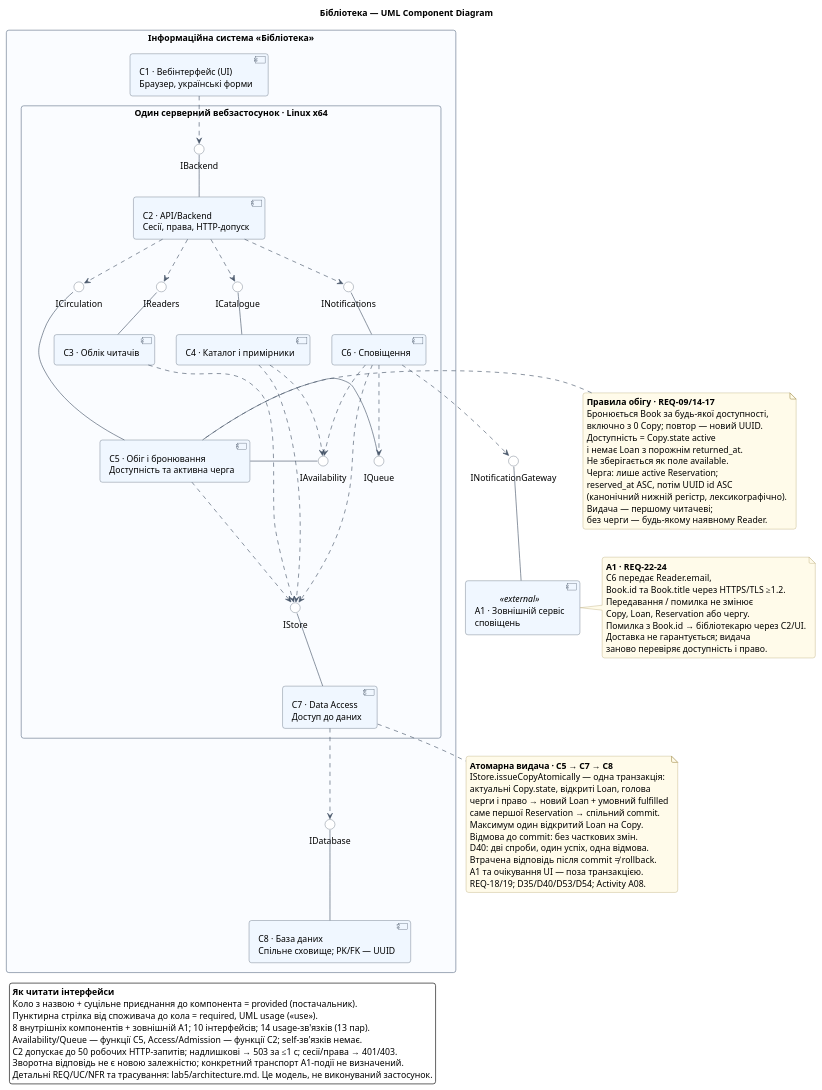
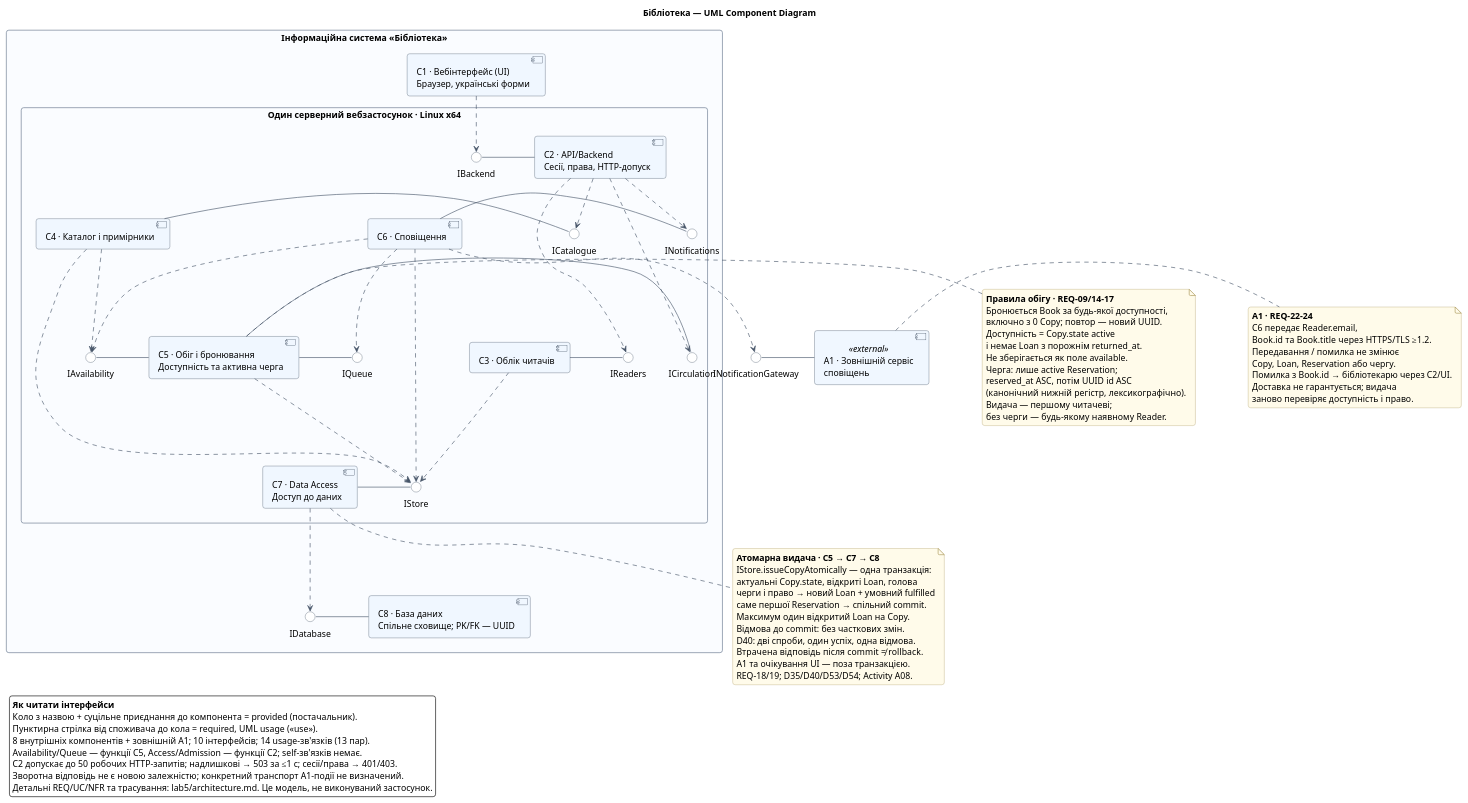
The diagram in lab5/component.puml (the1nurz/mavpz), drawn with PlantUML before and after one commit. The commit also changed 8 other files, not shown here.

Commit message:
fix(lab5): clarify interfaces and harden diagram checks

```diff
--- a/lab5/component.puml
+++ b/lab5/component.puml
@@ -1,133 +1,144 @@
 @startuml component
 ' Spec criteria: 9eb4dfb; architecture: c477a24. Stage 4.
 ' Sources: lab5/architecture.md sections 3-9; Lab 3 D35/D40/D46-D55;
 ' Lab 4 A02-A10, O01-O03 and C01-C04. Internal calls are not HTTP services.
 top to bottom direction
 skinparam componentStyle uml2
 skinparam defaultFontName Arial
 skinparam defaultFontSize 14
 skinparam shadowing false
 skinparam backgroundColor white
 skinparam packageStyle rectangle
 skinparam roundcorner 8
-skinparam nodesep 35
-skinparam ranksep 45
+skinparam nodesep 85
+skinparam ranksep 65
 skinparam ArrowColor #475569
 skinparam componentBackgroundColor #F0F7FF
 skinparam componentBorderColor #334155
 skinparam interfaceBackgroundColor white
 skinparam interfaceBorderColor #334155
 skinparam packageBackgroundColor #FAFCFF
 skinparam packageBorderColor #64748B
 skinparam noteBackgroundColor #FFFBEA
 skinparam noteBorderColor #A89455
 title Бібліотека — UML Component Diagram
 
 rectangle "Інформаційна система «Бібліотека»" as Library {
   component "C1 · Вебінтерфейс (UI)\nБраузер, українські форми" as C1
 
   package "Один серверний вебзастосунок · Linux x64" as Server {
-    component "C2 · API/Backend\nСесії, права, HTTP-допуск" as C2
+    together {
+      component "C2 · API/Backend\nСесії, права, HTTP-допуск" as C2
+      interface "IBackend" as IBackend
+    }
     together {
       component "C3 · Облік читачів" as C3
+      interface "IReaders" as IReaders
+    }
+    together {
       component "C4 · Каталог і примірники" as C4
+      interface "ICatalogue" as ICatalogue
+    }
+    together {
       component "C6 · Сповіщення" as C6
+      interface "INotifications" as INotifications
     }
-    component "C5 · Обіг і бронювання\nДоступність та активна черга" as C5
-    component "C7 · Data Access\nДоступ до даних" as C7
-
-    interface "IBackend" as IBackend
-    interface "IReaders" as IReaders
-    interface "ICatalogue" as ICatalogue
-    interface "ICirculation" as ICirculation
-    interface "IAvailability" as IAvailability
-    interface "IQueue" as IQueue
-    interface "INotifications" as INotifications
-    interface "IStore" as IStore
+    together {
+      component "C5 · Обіг і бронювання\nДоступність та активна черга" as C5
+      interface "ICirculation" as ICirculation
+      interface "IAvailability" as IAvailability
+      interface "IQueue" as IQueue
+    }
+    together {
+      component "C7 · Data Access\nДоступ до даних" as C7
+      interface "IStore" as IStore
+    }
   }
-
-  component "C8 · База даних\nСпільне сховище; PK/FK — UUID" as C8
-  interface "IDatabase" as IDatabase
+  together {
+    component "C8 · База даних\nСпільне сховище; PK/FK — UUID" as C8
+    interface "IDatabase" as IDatabase
+  }
+}
+together {
+  component "A1 · Зовнішній сервіс\nсповіщень" as A1 <<external>>
+  interface "INotificationGateway" as INotificationGateway
 }
 
-component "A1 · Зовнішній сервіс\nсповіщень" as A1 <<external>>
-interface "INotificationGateway" as INotificationGateway
-
 ' Provided: solid attachment to a named lollipop interface (10 providers).
-C2 -up- IBackend
-C3 -up- IReaders
-C4 -up- ICatalogue
-C5 -up- ICirculation
+C2 -left- IBackend
+C3 -left- IReaders
+C4 -left- ICatalogue
+C5 -left- ICirculation
 C5 -left- IAvailability
 C5 -right- IQueue
-C6 -up- INotifications
-C7 -up- IStore
-C8 -up- IDatabase
-A1 -up- INotificationGateway
+C6 -left- INotifications
+C7 -left- IStore
+C8 -left- IDatabase
+A1 -left- INotificationGateway
 
 ' Required: UML usage dependencies, consumer -> provided interface (14).
 C1 ..> IBackend
 C2 ..> IReaders
 C2 ..> ICatalogue
 C2 ..> ICirculation
 C2 ..> INotifications
 C3 ..> IStore
 C4 ..> IAvailability
 C4 ..> IStore
 C5 ..> IStore
 C6 ..> IAvailability
 C6 ..> IQueue
 C6 ..> IStore
 C6 ..> INotificationGateway
 C7 ..> IDatabase
 
 note left of C5
   **Правила обігу · REQ-09/14–17**
   Бронюється Book за будь-якої доступності,
   включно з 0 Copy; повтор — новий UUID.
   Доступність = Copy.state active
   і немає Loan з порожнім returned_at.
   Не зберігається як поле available.
   Черга: лише active Reservation;
   reserved_at ASC, потім UUID id ASC
   (канонічний нижній регістр, лексикографічно).
   Видача — першому читачеві;
   без черги — будь-якому наявному Reader.
 end note
 
 note bottom of C7
   **Атомарна видача · C5 → C7 → C8**
   IStore.issueCopyAtomically — одна транзакція:
   актуальні Copy.state, відкриті Loan, голова
   черги і право → новий Loan + умовний fulfilled
   саме першої Reservation → спільний commit.
   Максимум один відкритий Loan на Copy.
   Відмова до commit: без часткових змін.
   D40: дві спроби, один успіх, одна відмова.
   Втрачена відповідь після commit ≠ rollback.
   A1 та очікування UI — поза транзакцією.
   REQ-18/19; D35/D40/D53/D54; Activity A08.
 end note
 
 note right of A1
   **A1 · REQ-22–24**
   C6 передає Reader.email,
   Book.id та Book.title через HTTPS/TLS ≥1.2.
   Передавання / помилка не змінює
   Copy, Loan, Reservation або чергу.
   Помилка з Book.id → бібліотекарю через C2/UI.
   Доставка не гарантується; видача
   заново перевіряє доступність і право.
 end note
 
 legend bottom left
   **Як читати інтерфейси**
   Коло з назвою + суцільне приєднання до компонента = provided (постачальник).
   Пунктирна стрілка від споживача до кола = required, UML usage (<<use>>).
   8 внутрішніх компонентів + зовнішній A1; 10 інтерфейсів; 14 usage-зв'язків (13 пар).
   Availability/Queue — функції C5, Access/Admission — функції C2; self-зв'язків немає.
   C2 допускає до 50 робочих HTTP-запитів; надлишкові → 503 за ≤1 с; сесії/права → 401/403.
   Зворотна відповідь не є новою залежністю; конкретний транспорт A1-події не визначений.
   Детальні REQ/UC/NFR та трасування: lab5/architecture.md. Це модель, не виконуваний застосунок.
 endlegend
 @enduml
```
